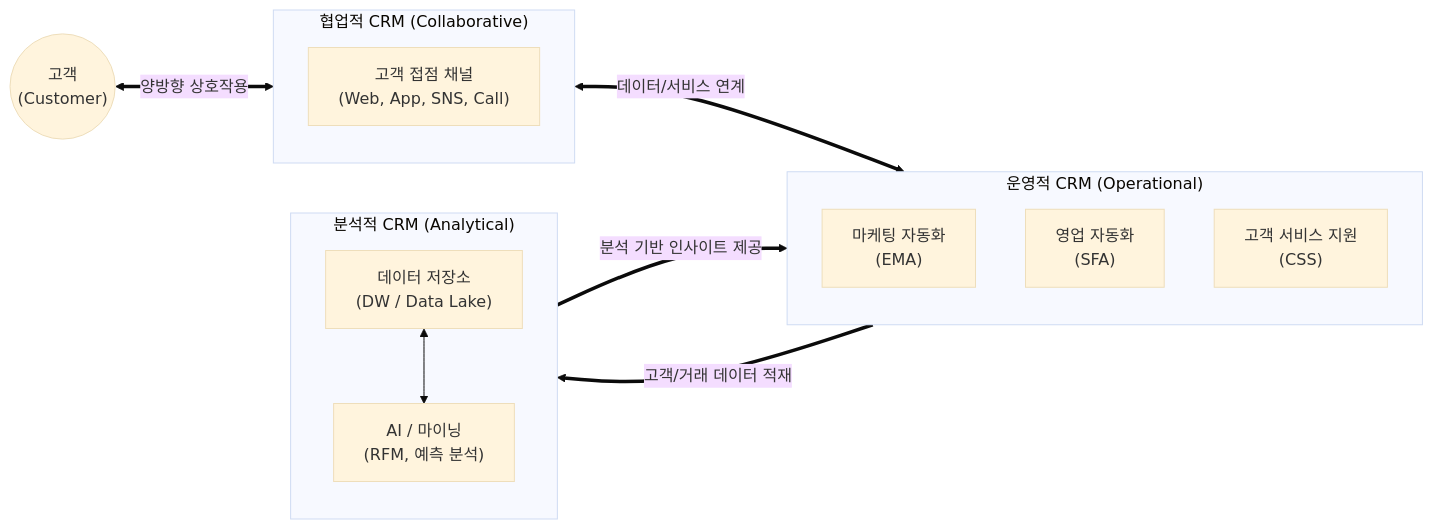
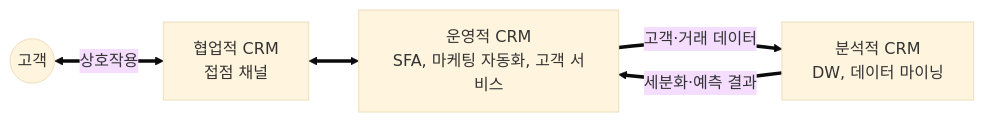
The diagram in content/01_IT Tech/CRM.md (supremethumb/supremethumb.github.io), drawn with Mermaid (base theme) before and after one commit. The commit also changed other lines of this file and 1087 other files, not shown here.

````diff
--- a/content/01_IT Tech/CRM.md
+++ b/content/01_IT Tech/CRM.md
@@ -31,29 +35,7 @@
 ```mermaid
 flowchart LR
-    Customer(("고객<br/>(Customer)"))
-
-    subgraph Collaborative["협업적 CRM (Collaborative)"]
-        direction TB
-        Contact["고객 접점 채널<br/>(Web, App, SNS, Call)"]
-    end
-
-    subgraph Operational["운영적 CRM (Operational)"]
-        direction TB
-        EMA["마케팅 자동화<br/>(EMA)"]
-        SFA["영업 자동화<br/>(SFA)"]
-        CSS["고객 서비스 지원<br/>(CSS)"]
-    end
-
-    subgraph Analytical["분석적 CRM (Analytical)"]
-        direction TB
-        DW["데이터 저장소<br/>(DW / Data Lake)"]
-        AI_Analytics["AI / 마이닝<br/>(RFM, 예측 분석)"]
-        DW <--> AI_Analytics
-    end
-
-    Customer <== "양방향 상호작용" ==> Collaborative
-    Collaborative <== "데이터/서비스 연계" ==> Operational
-    Operational == "고객/거래 데이터 적재" ==> Analytical
-    Analytical == "분석 기반 인사이트 제공" ==> Operational
-
+    C(("고객")) <==>|"상호작용"| CO["협업적 CRM<br/>접점 채널"]
+    CO <==> OP["운영적 CRM<br/>SFA, 마케팅 자동화, 고객 서비스"]
+    OP ==>|"고객·거래 데이터"| AN["분석적 CRM<br/>DW, 데이터 마이닝"]
+    AN ==>|"세분화·예측 결과"| OP
 ```
````
